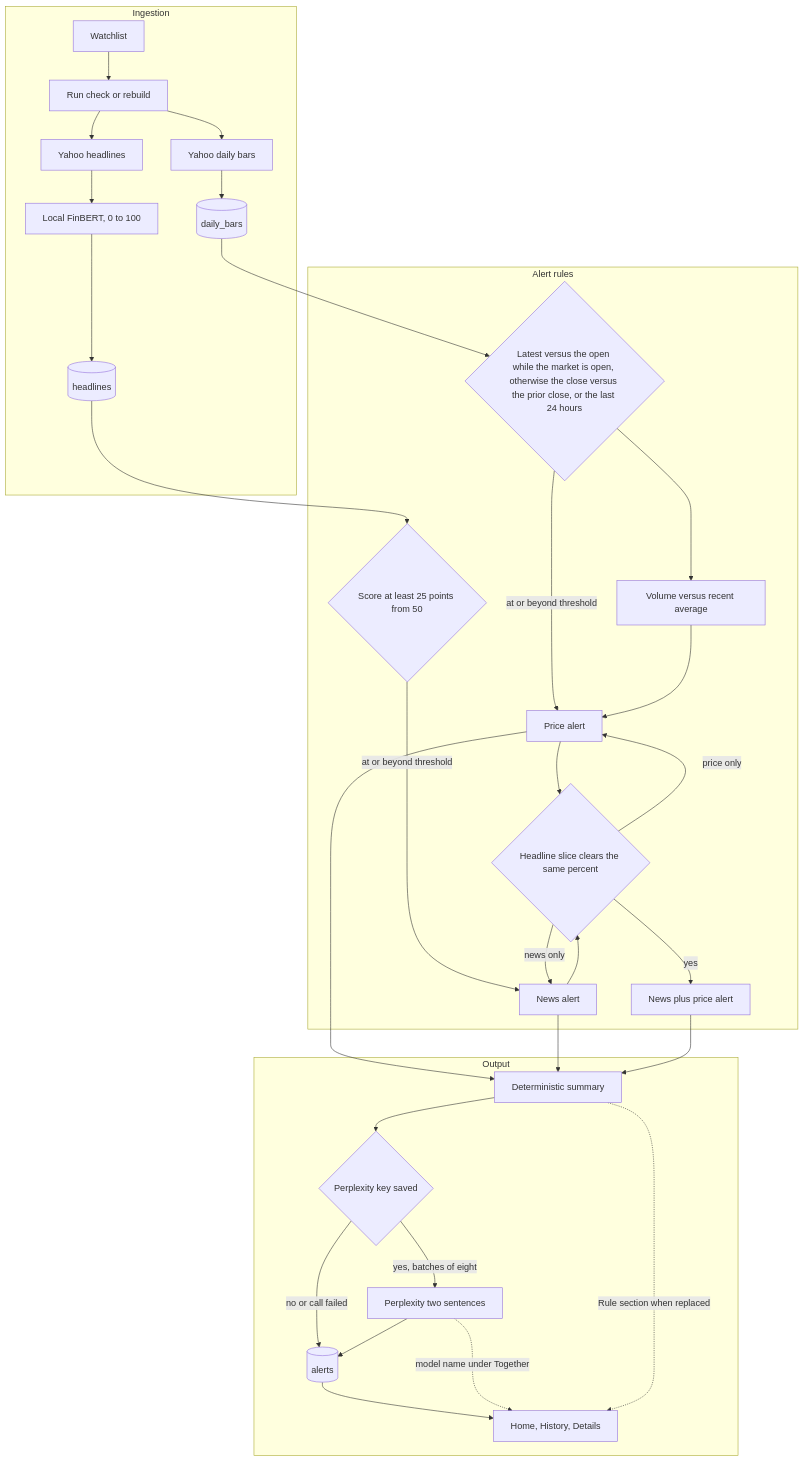
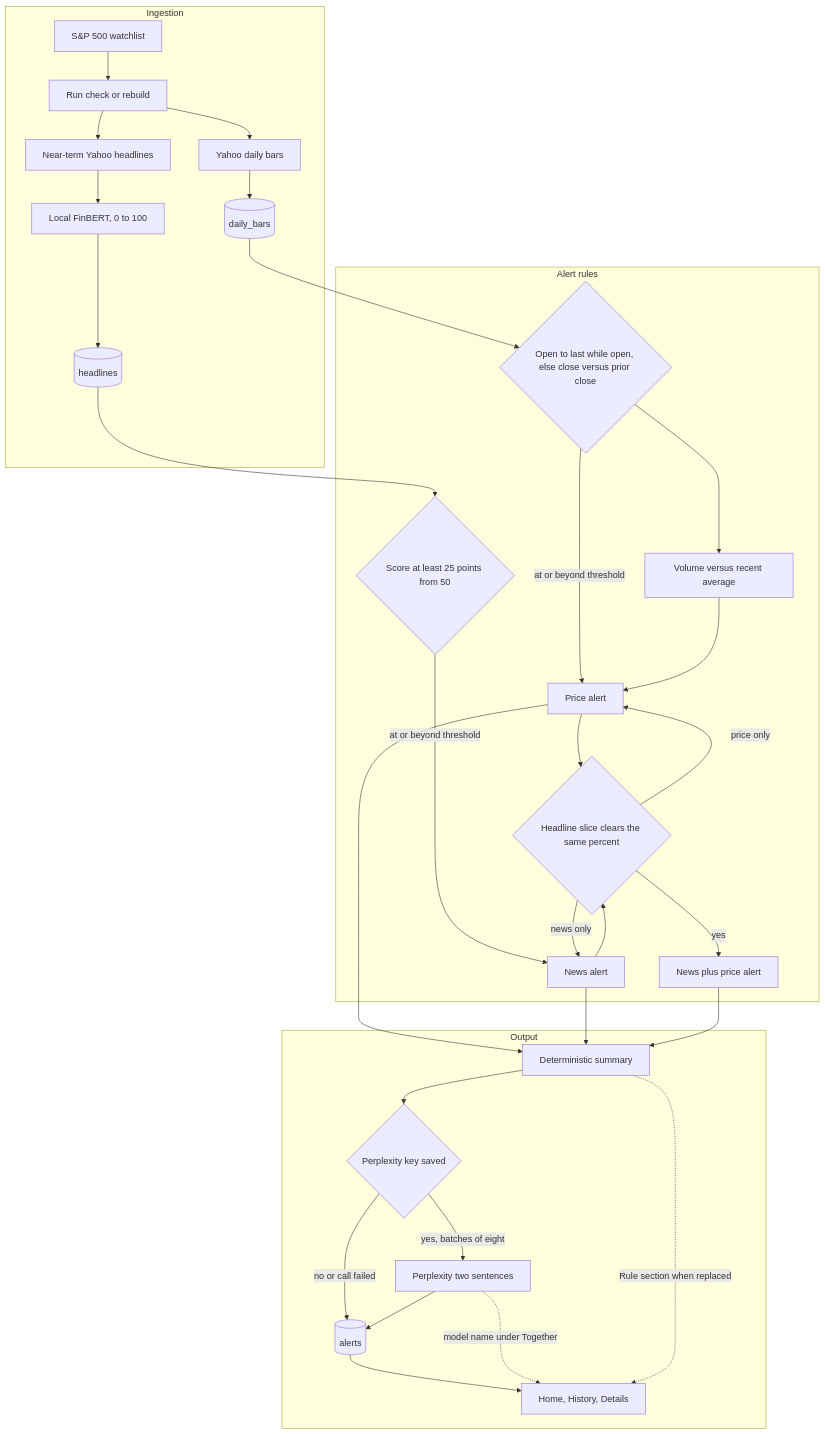
The first of 8 diagrams in docs/architecture.md (sameerde4/ticker-alert-system), drawn with Mermaid before and after one commit. The commit also changed other lines of this file and 6 other files, not shown here.

````diff
--- a/docs/architecture.md
+++ b/docs/architecture.md
@@ -59,38 +61,38 @@
 ```mermaid
 flowchart TB
     subgraph ingest [Ingestion]
-        WL[Watchlist] --> RUN[Run check or rebuild]
+        WL[S&P 500 watchlist] --> RUN[Run check or rebuild]
         RUN --> PX[Yahoo daily bars]
-        RUN --> NW[Yahoo headlines]
+        RUN --> NW[Near-term Yahoo headlines]
         PX --> BARS[(daily_bars)]
         NW --> SCORE[Local FinBERT, 0 to 100]
         SCORE --> NEWS[(headlines)]
     end
 
     subgraph rules [Alert rules]
-        BARS --> PRICE{Latest versus the open while the market is open, otherwise the close versus the prior close, or the last 24 hours}
+        BARS --> PRICE{Open to last while open, else close versus prior close}
         PRICE -->|at or beyond threshold| PA[Price alert]
         PRICE --> VOL[Volume versus recent average]
         VOL --> PA
         NEWS --> NA{Score at least 25 points from 50}
         NA -->|at or beyond threshold| NEWSALERT[News alert]
         PA --> ONE{Headline slice clears the same percent}
         NEWSALERT --> ONE
         ONE -->|yes| FA[News plus price alert]
         ONE -->|price only| PA
         ONE -->|news only| NEWSALERT
     end
 
     subgraph out [Output]
         PA --> RULE[Deterministic summary]
         NEWSALERT --> RULE
         FA --> RULE
         RULE --> KEY{Perplexity key saved}
         KEY -->|no or call failed| ALERTS[(alerts)]
         KEY -->|yes, batches of eight| PPLX[Perplexity two sentences]
         PPLX --> ALERTS
         ALERTS --> UI[Home, History, Details]
         PPLX -.->|model name under Together| UI
         RULE -.->|Rule section when replaced| UI
     end
 ```
````
